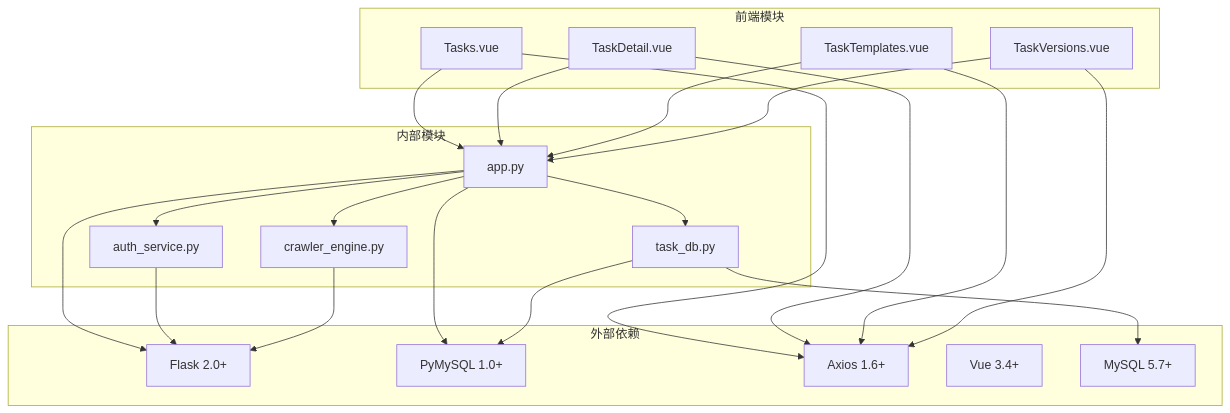
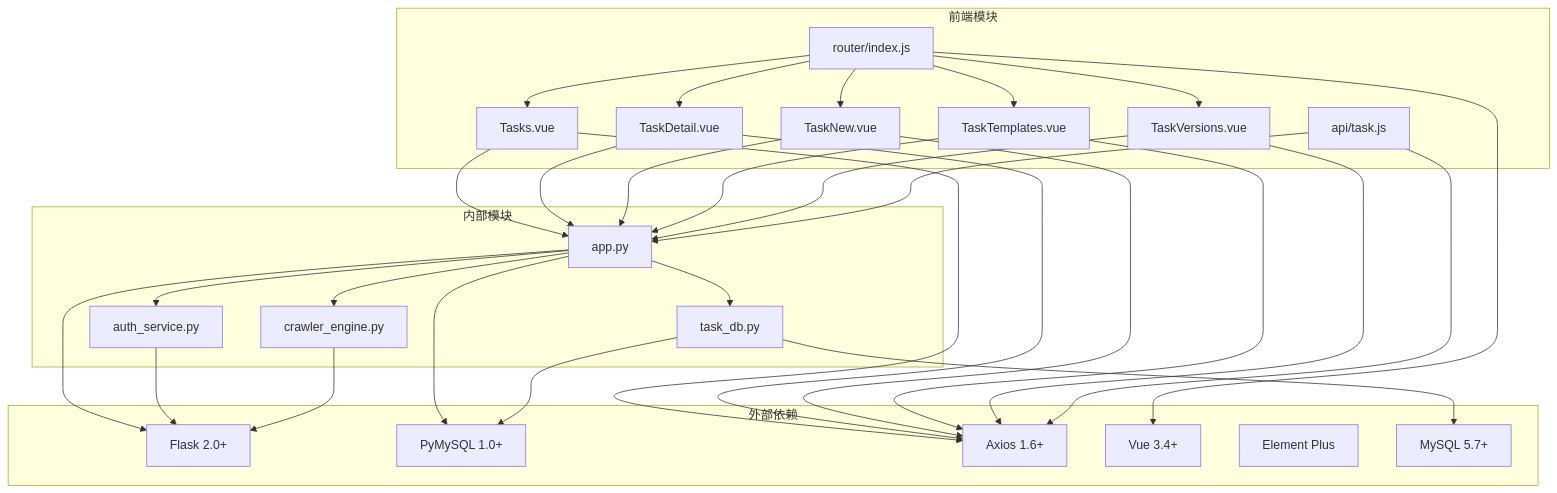
Before and after one commit to pxc12345/crawler-vue3: diagram 11 of 13 in .qoder/repowiki/zh/content/核心功能模块/任务管理系统/任务管理系统.md, drawn with Mermaid. The commit also changed other lines of this file and 12 other files, not shown here.

````diff
--- a/.qoder/repowiki/zh/content/核心功能模块/任务管理系统/任务管理系统.md
+++ b/.qoder/repowiki/zh/content/核心功能模块/任务管理系统/任务管理系统.md
@@ -423,39 +457,53 @@
 ```mermaid
 graph TB
 subgraph "外部依赖"
 A[Flask 2.0+]
 B[PyMySQL 1.0+]
 C[Axios 1.6+]
 D[Vue 3.4+]
-E[MySQL 5.7+]
+E[Element Plus]
+F[MySQL 5.7+]
 end
 subgraph "内部模块"
-F[app.py]
-G[task_db.py]
-H[auth_service.py]
-I[crawler_engine.py]
+G[app.py]
+H[task_db.py]
+I[auth_service.py]
+J[crawler_engine.py]
 end
 subgraph "前端模块"
-J[Tasks.vue]
-K[TaskDetail.vue]
-L[TaskTemplates.vue]
-M[TaskVersions.vue]
+K[Tasks.vue]
+L[TaskDetail.vue]
+M[TaskNew.vue]
+N[TaskTemplates.vue]
+O[TaskVersions.vue]
+P[router/index.js]
+Q[api/task.js]
 end
-F --> A
-F --> B
+G --> A
 G --> B
-H --> A
+H --> B
 I --> A
-J --> C
+J --> A
 K --> C
 L --> C
 M --> C
-F --> G
-F --> H
-F --> I
-J --> F
-K --> F
-L --> F
-M --> F
-G --> E
+N --> C
+O --> C
+P --> D
+Q --> C
+G --> H
+G --> I
+G --> J
+K --> G
+L --> G
+M --> G
+N --> G
+O --> G
+P --> K
+P --> L
+P --> M
+P --> N
+P --> O
+Q --> G
+H --> F
 ```
````
